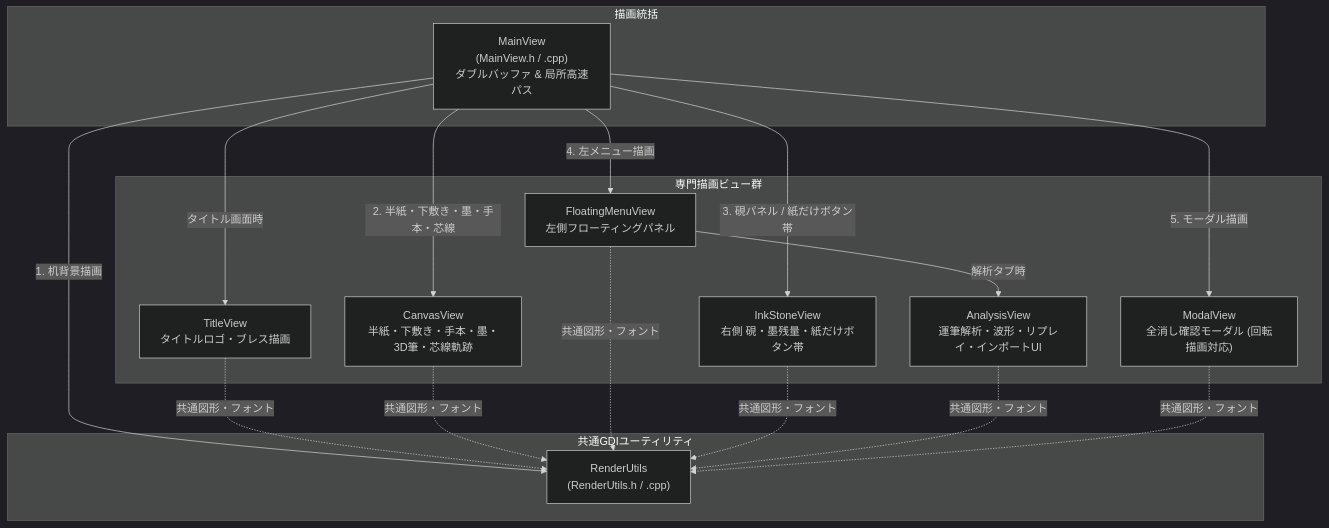
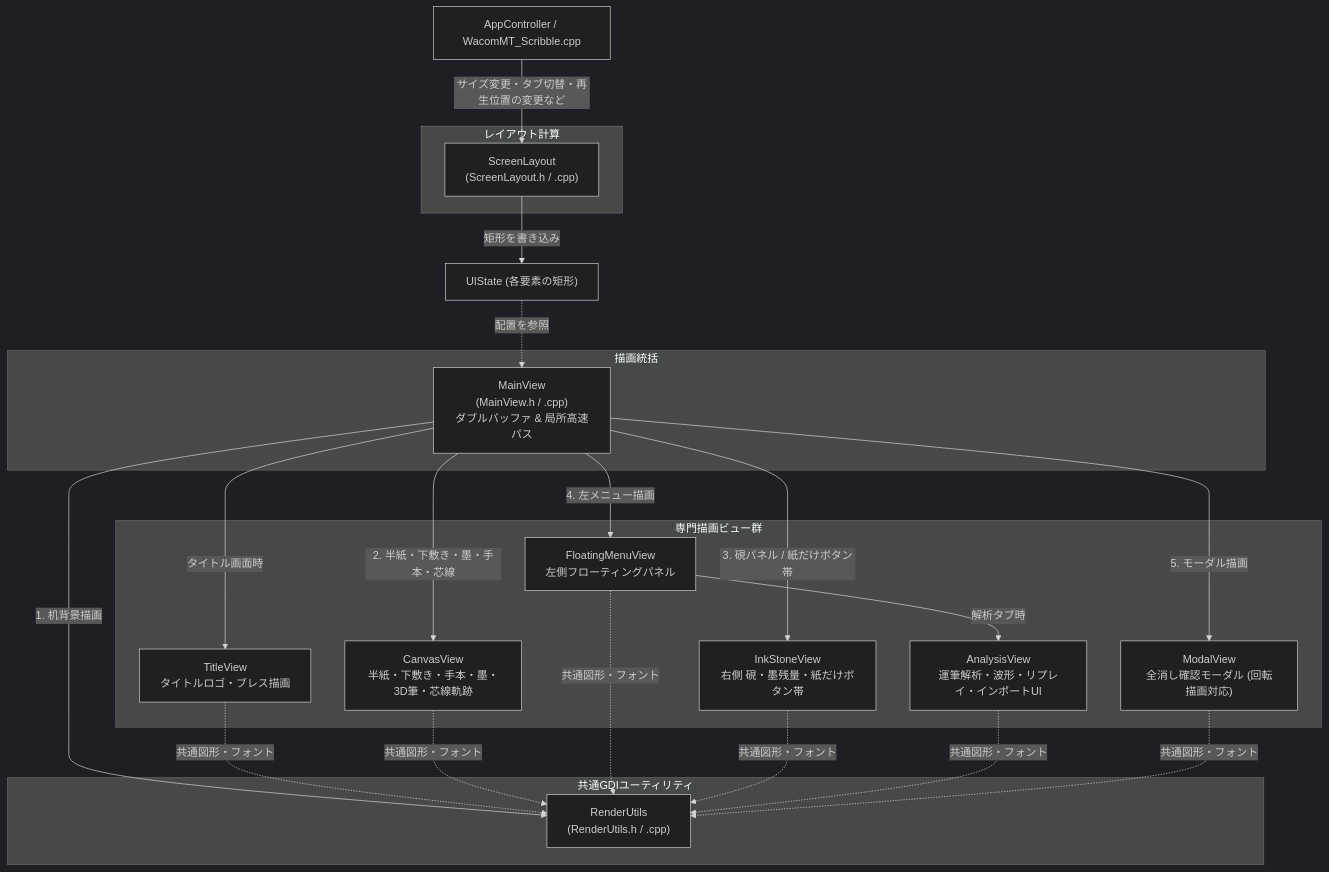
The diagram in learn/views.md (OkuboKazuki/Fude_Sense), drawn with Mermaid (dark theme) before and after one commit. The commit also changed other lines of this file and 5 other files, not shown here.

First line of the commit message:
docs: レイアウト計算の ScreenLayout への移動をドキュメントに反映する

````diff
--- a/learn/views.md
+++ b/learn/views.md
@@ -11,34 +11,45 @@
 ```mermaid
 graph TD
     subgraph MainPresenter ["描画統括"]
         MV["MainView<br>(MainView.h / .cpp)<br>ダブルバッファ & 局所高速パス"]
     end
 
     subgraph SpecializedViews ["専門描画ビュー群"]
         TV["TitleView<br>タイトルロゴ・ブレス描画"]
         CV["CanvasView<br>半紙・下敷き・手本・墨・3D筆・芯線軌跡"]
         FV["FloatingMenuView<br>左側フローティングパネル"]
         IV["InkStoneView<br>右側 硯・墨残量・紙だけボタン帯"]
         AV["AnalysisView<br>運筆解析・波形・リプレイ・インポートUI"]
         MODV["ModalView<br>全消し確認モーダル (回転描画対応)"]
     end
 
     subgraph CommonUtil ["共通GDIユーティリティ"]
         RU["RenderUtils<br>(RenderUtils.h / .cpp)"]
     end
 
+    subgraph LayoutCalc ["レイアウト計算"]
+        SL["ScreenLayout<br>(ScreenLayout.h / .cpp)"]
+    end
+
+    Caller["AppController / WacomMT_Scribble.cpp"]
+    UIStateNode["UIState (各要素の矩形)"]
+
     MV -->|タイトル画面時| TV
     MV -->|1. 机背景描画| RU
     MV -->|2. 半紙・下敷き・墨・手本・芯線| CV
     MV -->|3. 硯パネル / 紙だけボタン帯| IV
     MV -->|4. 左メニュー描画| FV
     FV -->|解析タブ時| AV
     MV -->|5. モーダル描画| MODV
 
     TV -.->|共通図形・フォント| RU
     CV -.->|共通図形・フォント| RU
     FV -.->|共通図形・フォント| RU
     IV -.->|共通図形・フォント| RU
     AV -.->|共通図形・フォント| RU
     MODV -.->|共通図形・フォント| RU
+
+    Caller -->|サイズ変更・タブ切替・再生位置の変更など| SL
+    SL -->|矩形を書き込み| UIStateNode
+    UIStateNode -.->|配置を参照| MV
 ```
````
